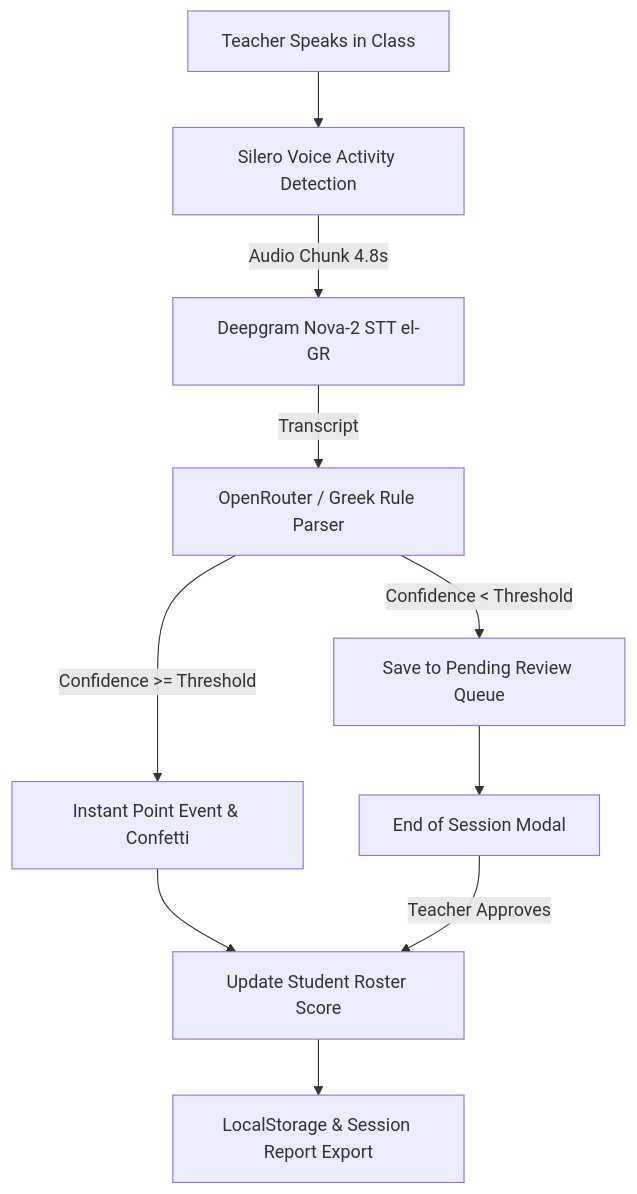
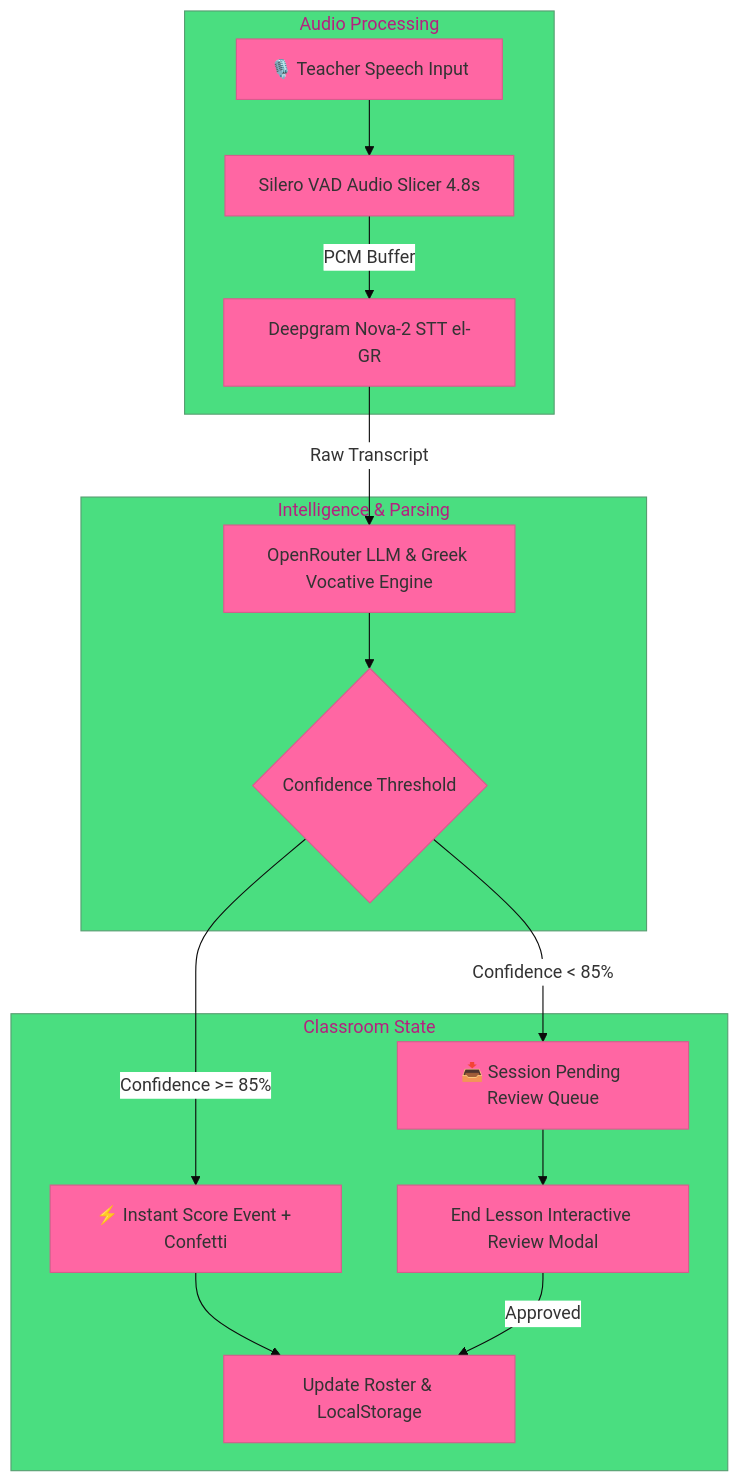
Before and after one commit to Qu4rk/Talli: the diagram in README.md, drawn with Mermaid. The commit also changed other lines of this file, not shown here.

Commit message:
docs: update README with logo, Neobrutalist design system, badges and Mermaid architecture

````diff
--- a/README.md
+++ b/README.md
@@ -37,12 +71,21 @@
 ```mermaid
+%%{init: {'theme': 'base', 'themeVariables': { 'primaryColor': '#ff66a3', 'edgeLabelBackground':'#ffffff', 'tertiaryColor': '#4ade80'}}}%%
 flowchart TD
-    A[Teacher Speaks in Class] --> B[Silero Voice Activity Detection]
-    B -->|Audio Chunk 4.8s| C[Deepgram Nova-2 STT el-GR]
-    C -->|Transcript| D[OpenRouter / Greek Rule Parser]
-    D -->|Confidence >= Threshold| E[Instant Point Event & Confetti]
-    D -->|Confidence < Threshold| F[Save to Pending Review Queue]
-    E --> G[Update Student Roster Score]
-    F --> H[End of Session Modal]
-    H -->|Teacher Approves| G
-    G --> I[LocalStorage & Session Report Export]
+    subgraph Audio Processing
+        A[🎙️ Teacher Speech Input] --> B[Silero VAD Audio Slicer 4.8s]
+        B -->|PCM Buffer| C[Deepgram Nova-2 STT el-GR]
+    end
+
+    subgraph Intelligence & Parsing
+        C -->|Raw Transcript| D[OpenRouter LLM & Greek Vocative Engine]
+        D --> E{Confidence Threshold}
+    end
+
+    subgraph Classroom State
+        E -->|Confidence >= 85%| F[⚡ Instant Score Event + Confetti]
+        E -->|Confidence < 85%| G[📥 Session Pending Review Queue]
+        F --> H[Update Roster & LocalStorage]
+        G --> I[End Lesson Interactive Review Modal]
+        I -->|Approved| H
+    end
 ```
````
